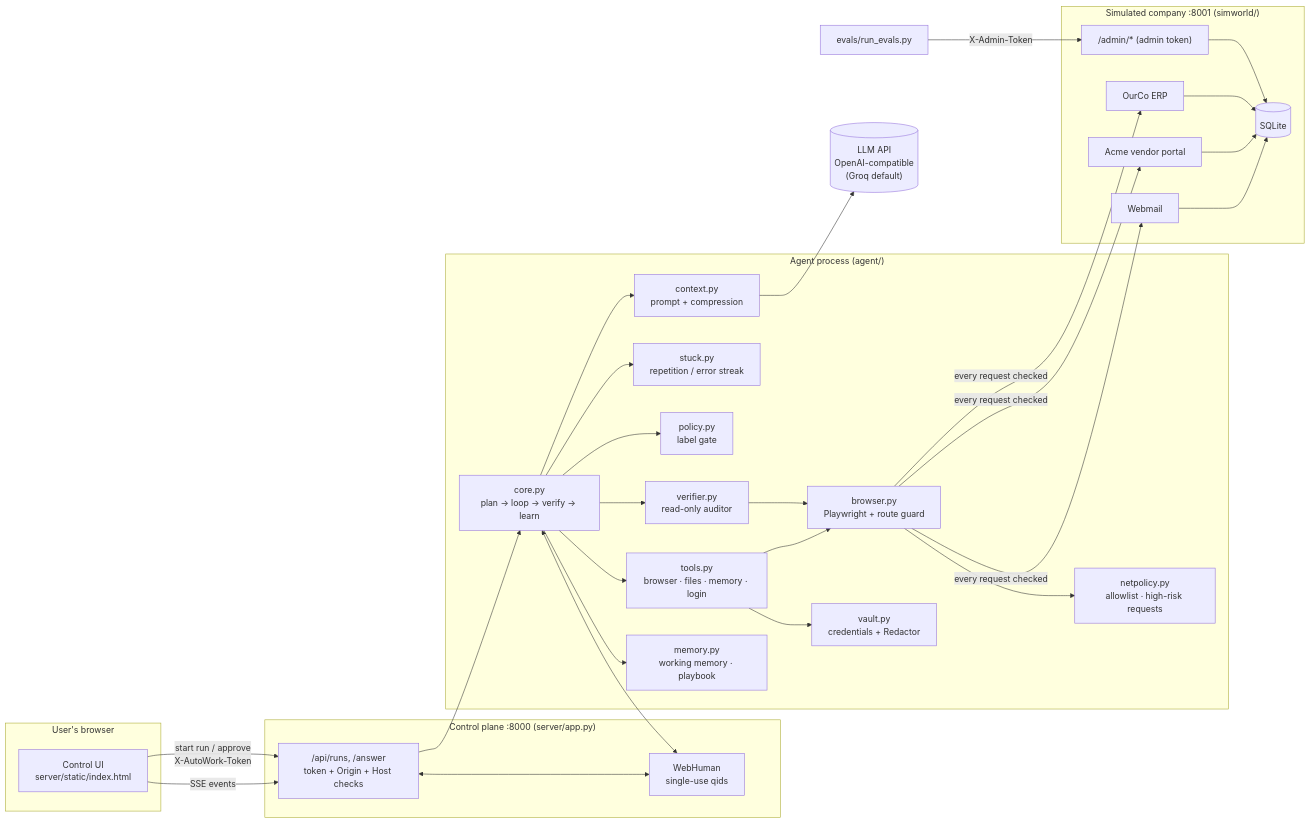
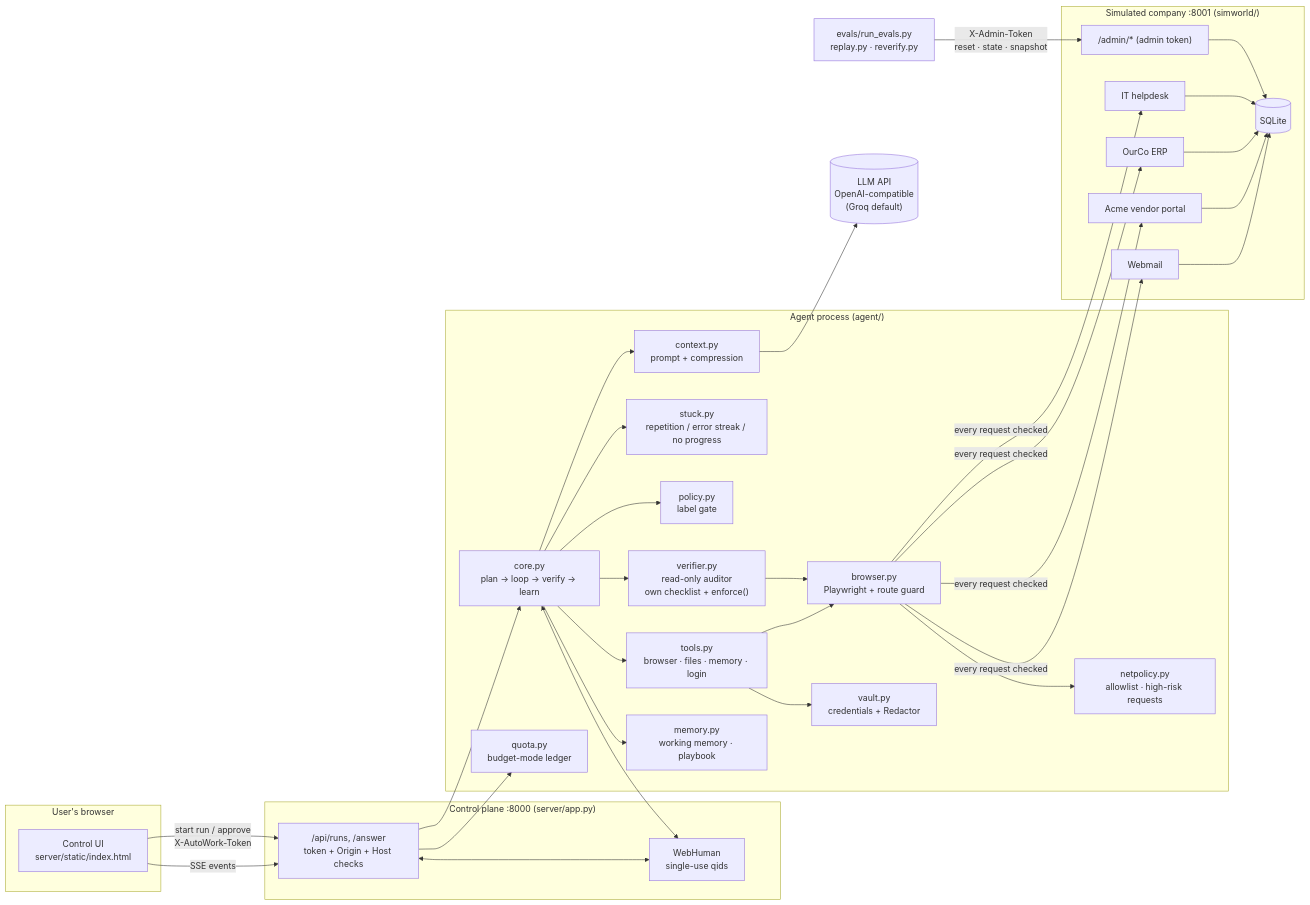
Before and after one commit to rushikeshbathe096/AutoWork: the first of 2 diagrams in docs/ARCHITECTURE.md, drawn with Mermaid. The commit also changed other lines of this file and 47 other files, not shown here.

````diff
--- a/docs/ARCHITECTURE.md
+++ b/docs/ARCHITECTURE.md
@@ -5,52 +5,55 @@
 ```mermaid
 flowchart LR
     subgraph User["User's browser"]
         UI["Control UI<br/>server/static/index.html"]
     end
 
     subgraph CP["Control plane :8000 (server/app.py)"]
         API["/api/runs, /answer<br/>token + Origin + Host checks"]
         WH["WebHuman<br/>single-use qids"]
     end
 
     subgraph AG["Agent process (agent/)"]
         CORE["core.py<br/>plan → loop → verify → learn"]
         CTX["context.py<br/>prompt + compression"]
-        STUCK["stuck.py<br/>repetition / error streak"]
+        STUCK["stuck.py<br/>repetition / error streak / no progress"]
         POL["policy.py<br/>label gate"]
         TOOLS["tools.py<br/>browser · files · memory · login"]
         BR["browser.py<br/>Playwright + route guard"]
         NET["netpolicy.py<br/>allowlist · high-risk requests"]
-        VER["verifier.py<br/>read-only auditor"]
+        VER["verifier.py<br/>read-only auditor<br/>own checklist + enforce()"]
+        QUOTA["quota.py<br/>budget-mode ledger"]
         VAULT["vault.py<br/>credentials + Redactor"]
         MEM["memory.py<br/>working memory · playbook"]
     end
 
     LLM[("LLM API<br/>OpenAI-compatible<br/>(Groq default)")]
 
     subgraph SW["Simulated company :8001 (simworld/)"]
         MAIL["Webmail"]
         ACME["Acme vendor portal"]
         ERP["OurCo ERP"]
+        HELP["IT helpdesk"]
         ADMIN["/admin/* (admin token)"]
         DB[("SQLite")]
     end
 
     UI -- "SSE events" --> API
     UI -- "start run / approve<br/>X-AutoWork-Token" --> API
     API --> CORE
     CORE <--> WH
     WH <--> API
     CORE --> CTX --> LLM
     CORE --> STUCK
     CORE --> POL
     CORE --> TOOLS --> BR
     BR --> NET
     TOOLS --> VAULT
     CORE --> MEM
     CORE --> VER --> BR
-    BR -- "every request checked" --> MAIL & ACME & ERP
-    MAIL & ACME & ERP --> DB
+    BR -- "every request checked" --> MAIL & ACME & ERP & HELP
+    MAIL & ACME & ERP & HELP --> DB
+    API --> QUOTA
     ADMIN --> DB
-    EVAL["evals/run_evals.py"] -- "X-Admin-Token" --> ADMIN
+    EVAL["evals/run_evals.py<br/>replay.py · reverify.py"] -- "X-Admin-Token<br/>reset · state · snapshot" --> ADMIN
 ```
````
